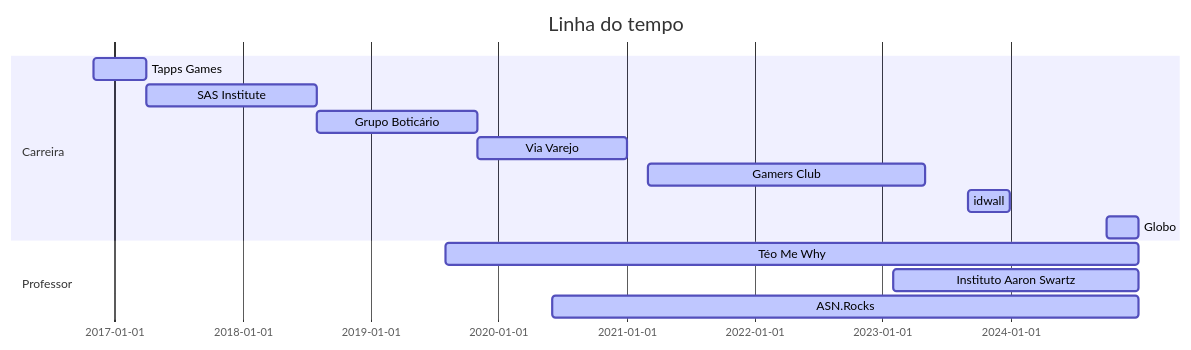
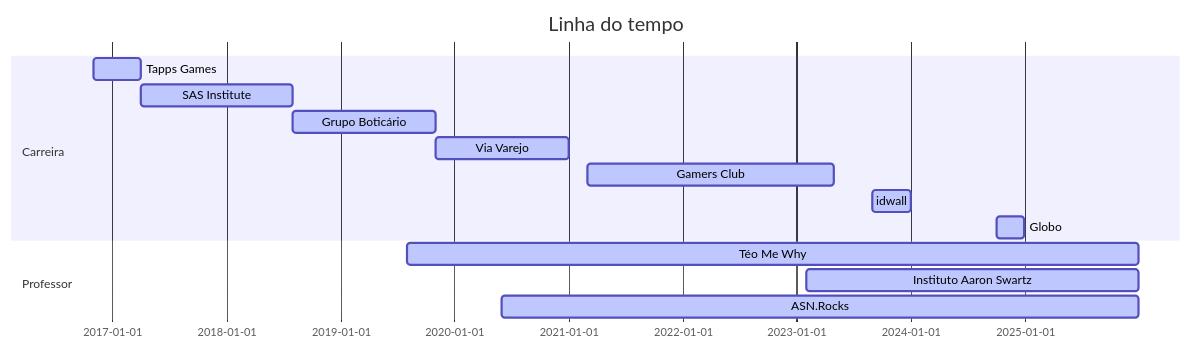
The diagram in README.md (TeoCalvo/TeoCalvo), drawn with Mermaid before and after one commit.

````diff
--- a/README.md
+++ b/README.md
@@ -6,20 +6,20 @@
 ```mermaid
 
 gantt
 dateFormat  YYYY-MM-DD
 title Linha do tempo
 
 section Carreira
 Tapps Games           :active,, 2016-11-01,2017-04-01
 SAS Institute         :active,, 2017-04-01,2018-08-01
 Grupo Boticário       :active,, 2018-08-01,2019-11-01
 Via Varejo            :active,, 2019-11-01,2021-01-01
 Gamers Club           :active,, 2021-03-01,2023-05-01
 idwall                :active,, 2023-09-01,2023-12-31
 Globo                :active,, 2024-10-01,2024-12-31
 
 section Professor
-Téo Me Why             :active,, 2019-08-01,2024-12-31
-Instituto Aaron Swartz :active,, 2023-02-01,2024-12-31
-ASN.Rocks              :active,, 2020-06-01,2024-12-31
+Téo Me Why             :active,, 2019-08-01,2025-12-31
+Instituto Aaron Swartz :active,, 2023-02-01,2025-12-31
+ASN.Rocks              :active,, 2020-06-01,2025-12-31
 ```
````
